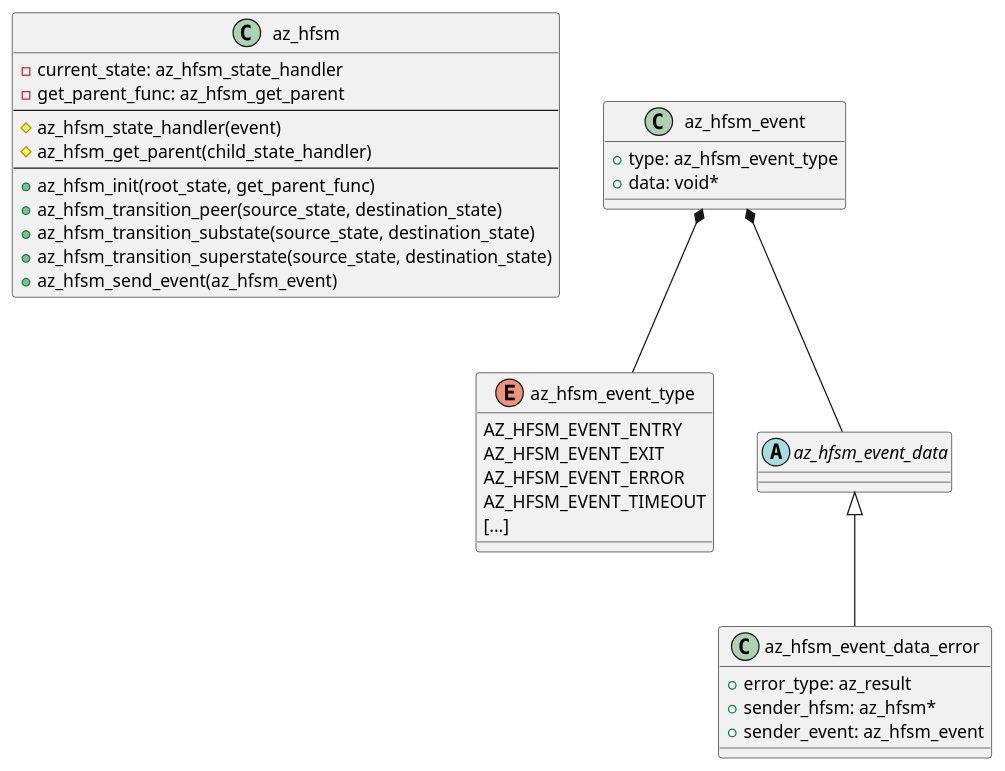
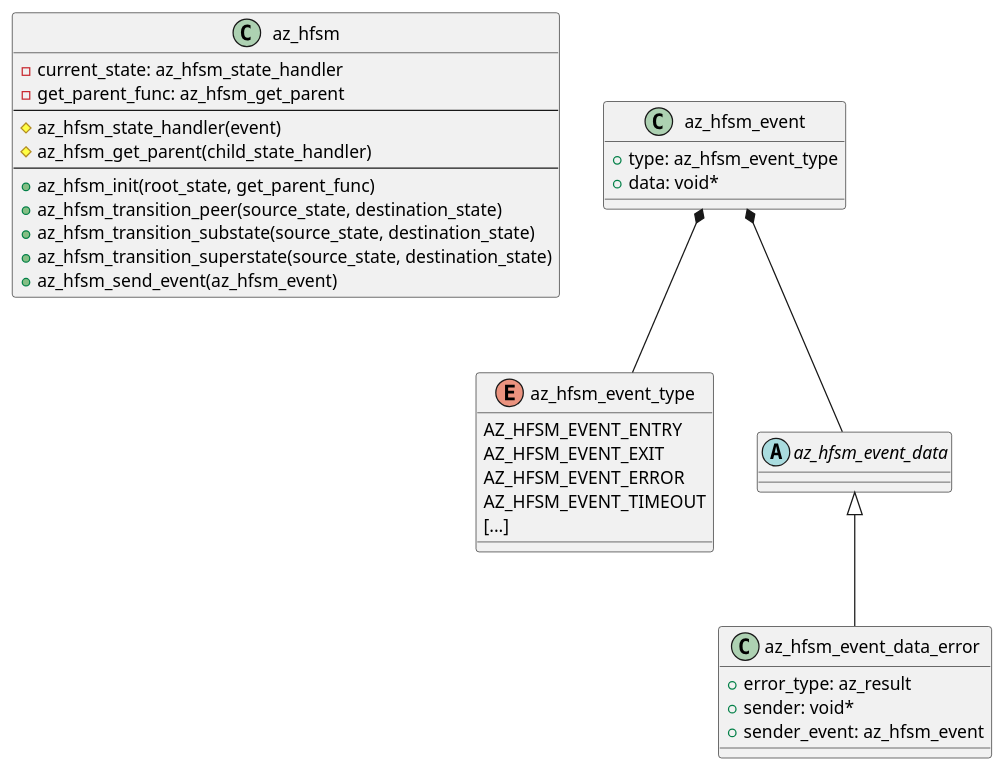
The diagram in sdk/docs/core/resources/core_hfsm_architecture.puml (vaavva/azure-sdk-for-c-hfsm), drawn with PlantUML before and after one commit. The commit also changed 13 other files, not shown here.

```diff
--- a/sdk/docs/core/resources/core_hfsm_architecture.puml
+++ b/sdk/docs/core/resources/core_hfsm_architecture.puml
@@ -1,49 +1,49 @@
 @startuml
 
 class az_hfsm 
 {
     -current_state: az_hfsm_state_handler
     -get_parent_func: az_hfsm_get_parent
     ---
     #az_hfsm_state_handler(event)
     #az_hfsm_get_parent(child_state_handler)
     ---
     +az_hfsm_init(root_state, get_parent_func)
     +az_hfsm_transition_peer(source_state, destination_state)
     +az_hfsm_transition_substate(source_state, destination_state)
     +az_hfsm_transition_superstate(source_state, destination_state)
     +az_hfsm_send_event(az_hfsm_event)
 }
 
 enum az_hfsm_event_type
 {
     AZ_HFSM_EVENT_ENTRY
     AZ_HFSM_EVENT_EXIT
     AZ_HFSM_EVENT_ERROR
     AZ_HFSM_EVENT_TIMEOUT
     [...]
 }
 
 class az_hfsm_event
 {
     +type: az_hfsm_event_type
     +data: void*
 }
 
 abstract class az_hfsm_event_data
 
 class az_hfsm_event_data_error
 {
     +error_type: az_result
-    +sender_hfsm: az_hfsm*
+    +sender: void*
     +sender_event: az_hfsm_event
 }
 
 
 az_hfsm_event *-- az_hfsm_event_type
 az_hfsm_event *-- az_hfsm_event_data
 
 az_hfsm_event_data <|-- az_hfsm_event_data_error
 
 
 @enduml
```
